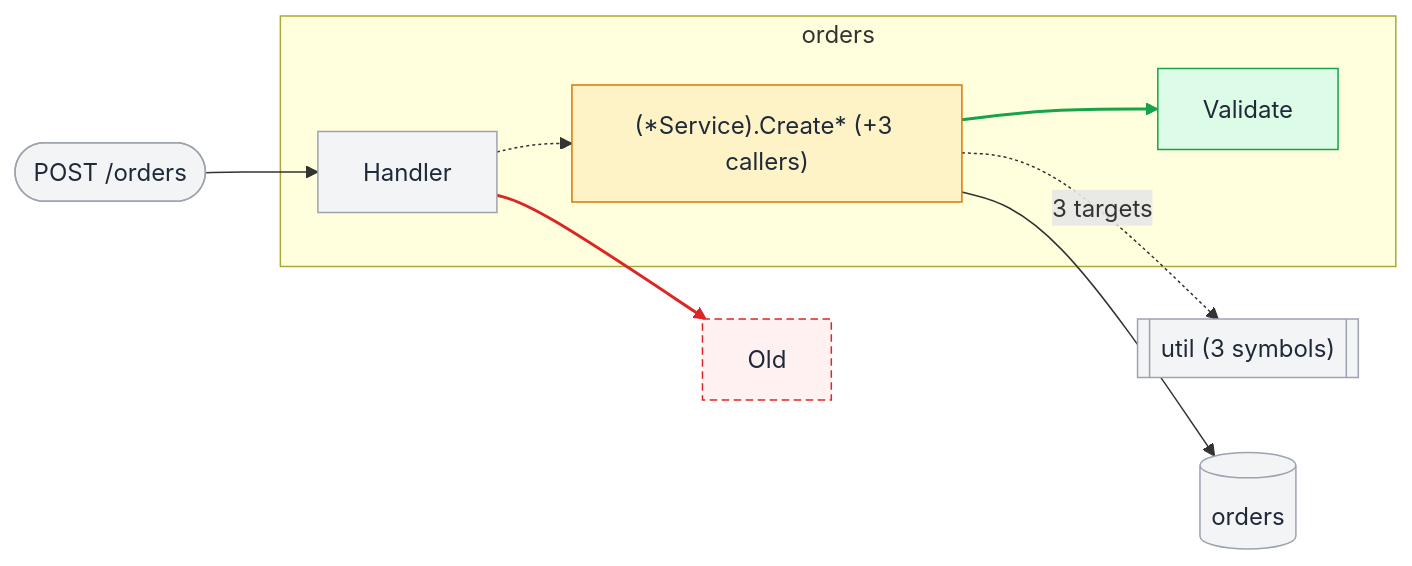
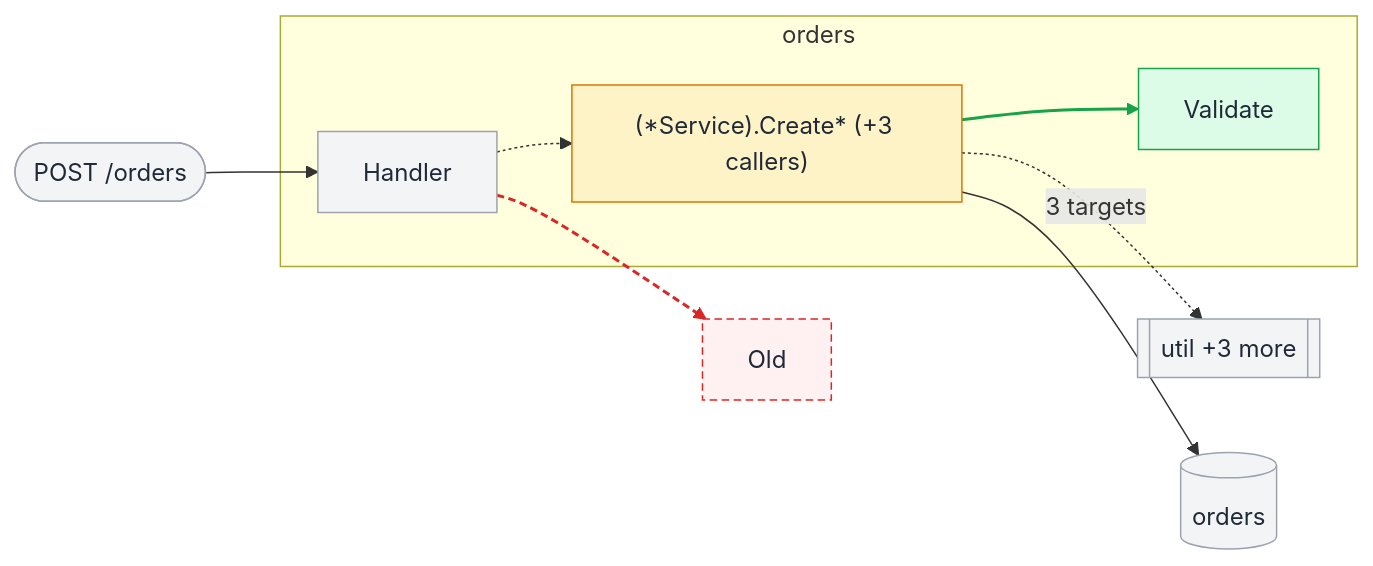
Before and after one commit to Ullauri/shapediff: the third of 5 diagrams in internal/render/testdata/note.golden.md, drawn with Mermaid. The commit also changed other lines of this file and 10 other files, not shown here.

````diff
--- a/internal/render/testdata/note.golden.md
+++ b/internal/render/testdata/note.golden.md
@@ -52,29 +54,29 @@
 ```mermaid
 flowchart LR
   classDef added fill:#dcfce7,stroke:#16a34a,color:#1f2937
   classDef context fill:#f3f4f6,stroke:#9ca3af,color:#1f2937
   classDef removed fill:#fff1f2,stroke:#dc2626,stroke-dasharray:5 3,color:#1f2937
   classDef signature_changed fill:#fef3c7,stroke:#d97706,color:#1f2937
   subgraph sg2f27a5c6["orders"]
     na3c6eddb["(*Service).Create* (+3 callers)"]
     n7e4a7fe1["Handler"]
     n3fa7fd89["Validate"]
   end
   ndcb5c3a1(["POST /orders"])
-  na7fef5cf[["util (3 symbols)"]]
+  na7fef5cf[["util +3 more"]]
   nc5b8bb09[("orders")]
   n6e4081b5["Old"]
   ndcb5c3a1 --> n7e4a7fe1
   na3c6eddb -.->|3 targets| na7fef5cf
   na3c6eddb --> nc5b8bb09
   na3c6eddb --> n3fa7fd89
   n7e4a7fe1 --> na3c6eddb
   n7e4a7fe1 --> n6e4081b5
   linkStyle 3 stroke:#16a34a,stroke-width:2px
   linkStyle 4 stroke-dasharray:2 2
-  linkStyle 5 stroke:#dc2626,stroke-width:2px
+  linkStyle 5 stroke:#dc2626,stroke-width:2px,stroke-dasharray:5 3
   class n3fa7fd89 added
   class ndcb5c3a1,na7fef5cf,nc5b8bb09,n7e4a7fe1 context
   class n6e4081b5 removed
   class na3c6eddb signature_changed
 ```
````
